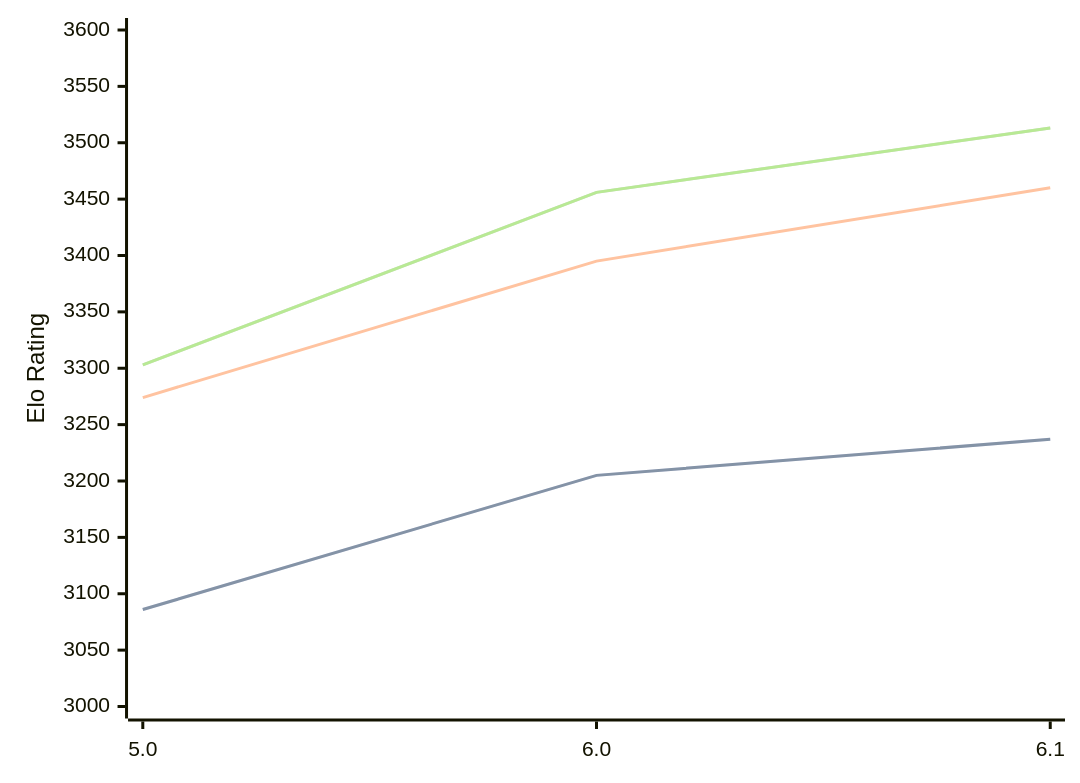
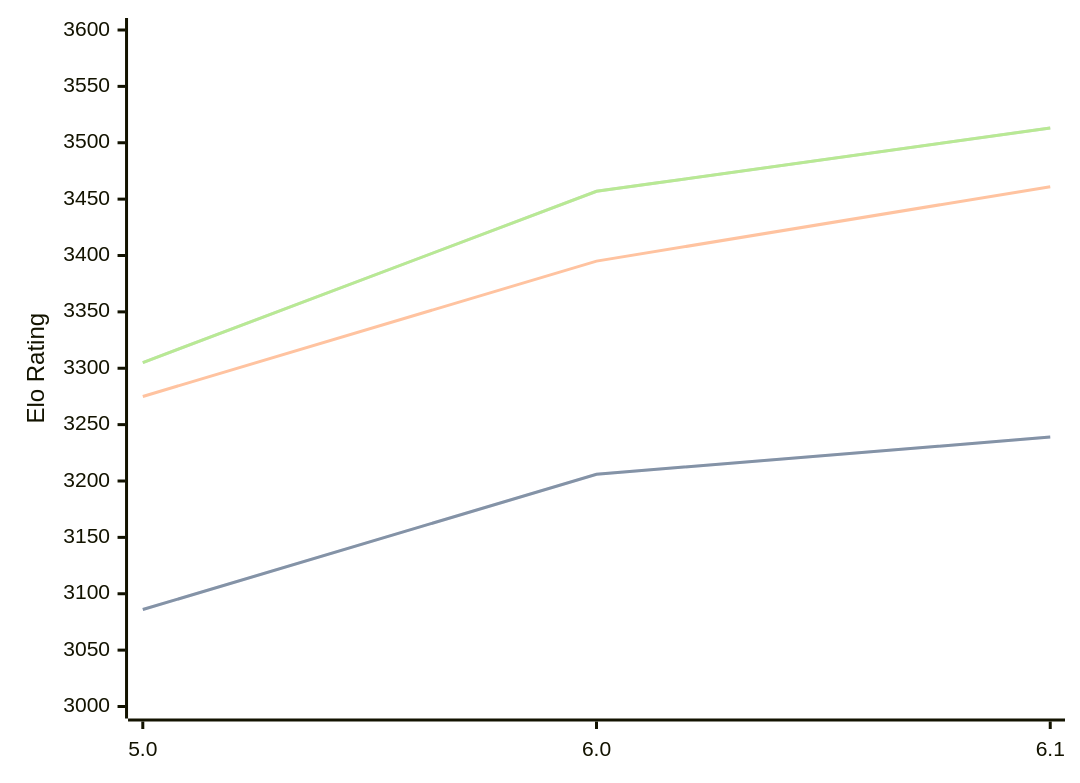
Before and after one commit to computer-chess-index/cci: the diagram in engines/PZChessBot.md, drawn with Mermaid. The commit also changed other lines of this file, not shown here.

Commit message:
Update CCI Ratings (ELO VLTC) - 2026-03-14

````diff
--- a/engines/PZChessBot.md
+++ b/engines/PZChessBot.md
@@ -40,11 +40,11 @@
 ```mermaid
 %%{init: {"theme":"base","themeVariables":{"seriesColors:['#a3a3a3','#222221','#faa371']}}}%%
 xychart-beta
   x-axis ["5.0", "6.0", "6.1"]
   y-axis "Elo Rating" 3000 --> 3600
-  line "STC (8.0+0.08s)" [3086, 3205, 3237]
-  line "STC (8.0+0.08s)" [3086, 3205, 3237]
-  line "LTC (60.0+0.60s)" [3274, 3395, 3460]
-  line "VLTC (2m24s+1.12s)" [3303, 3456, 3513]
-  line "VLTC (2m24s+1.12s)" [3303, 3456, 3513]
+  line "STC (8.0+0.08s)" [3086, 3206, 3239]
+  line "STC (8.0+0.08s)" [3086, 3206, 3239]
+  line "LTC (60.0+0.60s)" [3275, 3395, 3461]
+  line "VLTC (2m24s+1.12s)" [3305, 3457, 3513]
+  line "VLTC (2m24s+1.12s)" [3305, 3457, 3513]
 ```
````
